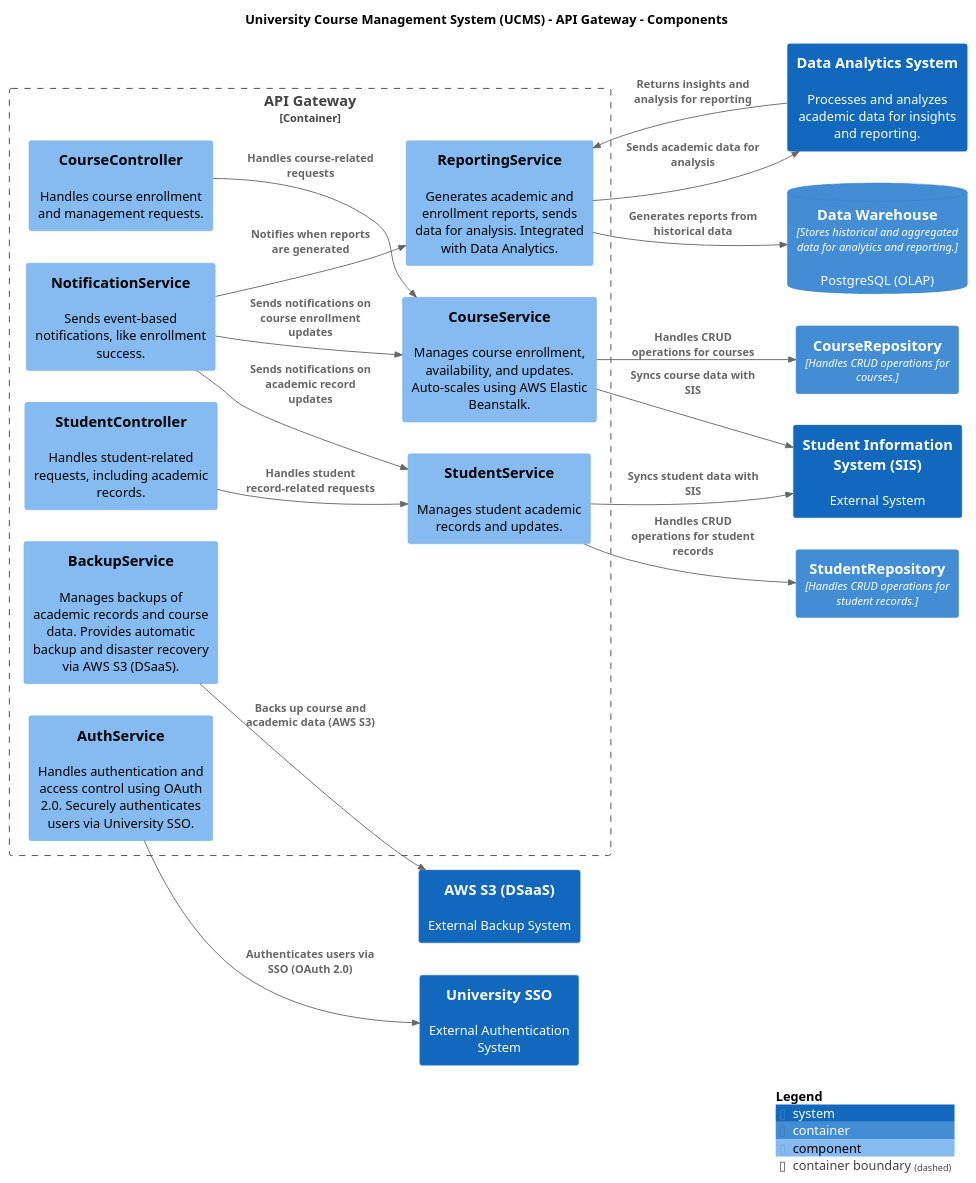
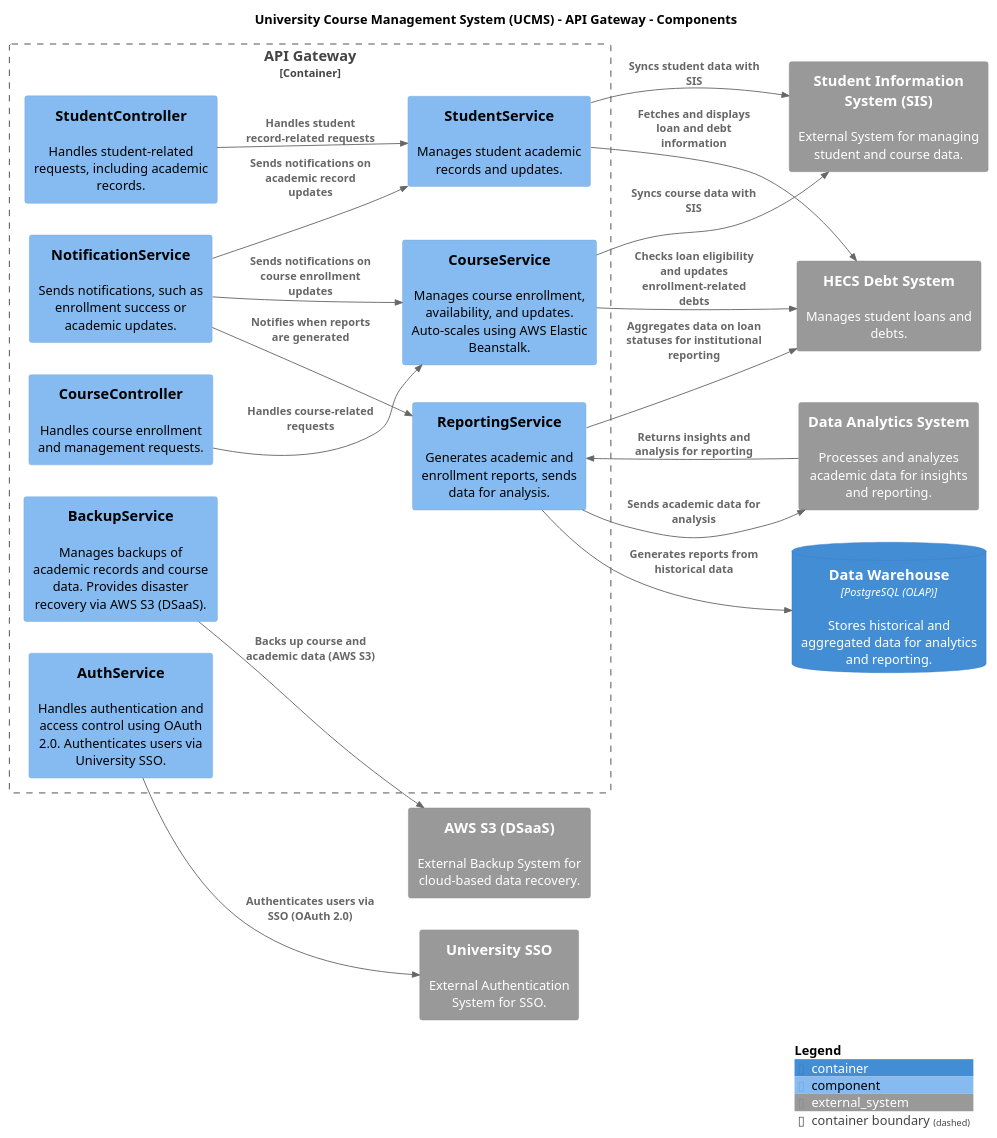
Before and after one commit to Mukundks2004/SoftwareArchC4Group: the diagram in Component_Diagram.puml, drawn with PlantUML.

Commit message:
update component diagram

```diff
--- a/Component_Diagram.puml
+++ b/Component_Diagram.puml
@@ -1,47 +1,51 @@
 @startuml
 set separator none
 title University Course Management System (UCMS) - API Gateway - Components
 
 left to right direction
 
 !include <C4/C4>
 !include <C4/C4_Context>
 !include <C4/C4_Container>
 !include <C4/C4_Component>
 
-Container(CourseRepository, "CourseRepository", $techn="Handles CRUD operations for courses.", $descr="", $tags="", $link="")
-Container(StudentRepository, "StudentRepository", $techn="Handles CRUD operations for student records.", $descr="", $tags="", $link="")
-ContainerDb(DataWarehouse, "Data Warehouse", $techn="Stores historical and aggregated data for analytics and reporting.", $descr="PostgreSQL (OLAP)", $tags="", $link="")
-System(StudentInformationSystemSIS, "Student Information System (SIS)", $descr="External System", $tags="", $link="")
-System(UniversitySSO, "University SSO", $descr="External Authentication System", $tags="", $link="")
-System(AWSS3DSaaS, "AWS S3 (DSaaS)", $descr="External Backup System", $tags="", $link="")
-System(DataAnalyticsSystem, "Data Analytics System", $descr="Processes and analyzes academic data for insights and reporting.", $tags="", $link="")
+System_Ext(SIS, "Student Information System (SIS)", $descr="External System for managing student and course data.")
+System_Ext(UniversitySSO, "University SSO", $descr="External Authentication System for SSO.")
+System_Ext(AWSS3DSaaS, "AWS S3 (DSaaS)", $descr="External Backup System for cloud-based data recovery.")
+System_Ext(DataAnalyticsSystem, "Data Analytics System", $descr="Processes and analyzes academic data for insights and reporting.")
+System_Ext(HECS, "HECS Debt System", "Manages student loans and debts.")
+
+ContainerDb(DataWarehouse, "Data Warehouse", $techn="PostgreSQL (OLAP)", $descr="Stores historical and aggregated data for analytics and reporting.")
 
 Container_Boundary("APIGateway_boundary", "API Gateway", $tags="") {
-  Component(BackupService, "BackupService", $techn="", $descr="Manages backups of academic records and course data. Provides automatic backup and disaster recovery via AWS S3 (DSaaS).", $tags="", $link="")
-  Component(CourseController, "CourseController", $techn="", $descr="Handles course enrollment and management requests.", $tags="", $link="")
-  Component(StudentController, "StudentController", $techn="", $descr="Handles student-related requests, including academic records.", $tags="", $link="")
-  Component(CourseService, "CourseService", $techn="", $descr="Manages course enrollment, availability, and updates. Auto-scales using AWS Elastic Beanstalk.", $tags="", $link="")
-  Component(StudentService, "StudentService", $techn="", $descr="Manages student academic records and updates.", $tags="", $link="")
-  Component(ReportingService, "ReportingService", $techn="", $descr="Generates academic and enrollment reports, sends data for analysis. Integrated with Data Analytics.", $tags="", $link="")
-  Component(AuthService, "AuthService", $techn="", $descr="Handles authentication and access control using OAuth 2.0. Securely authenticates users via University SSO.", $tags="", $link="")
-  Component(NotificationService, "NotificationService", $techn="", $descr="Sends event-based notifications, like enrollment success.", $tags="", $link="")
+  Component(BackupService, "BackupService", $techn="", $descr="Manages backups of academic records and course data. Provides disaster recovery via AWS S3 (DSaaS).")
+  Component(CourseController, "CourseController", $techn="", $descr="Handles course enrollment and management requests.")
+  Component(StudentController, "StudentController", $techn="", $descr="Handles student-related requests, including academic records.")
+  Component(CourseService, "CourseService", $techn="", $descr="Manages course enrollment, availability, and updates. Auto-scales using AWS Elastic Beanstalk.")
+  Component(StudentService, "StudentService", $techn="", $descr="Manages student academic records and updates.")
+  Component(ReportingService, "ReportingService", $techn="", $descr="Generates academic and enrollment reports, sends data for analysis.")
+  Component(AuthService, "AuthService", $techn="", $descr="Handles authentication and access control using OAuth 2.0. Authenticates users via University SSO.")
+  Component(NotificationService, "NotificationService", $techn="", $descr="Sends notifications, such as enrollment success or academic updates.")
 }
 
-Rel(CourseController, CourseService, "Handles course-related requests", $techn="", $tags="", $link="")
-Rel(StudentController, StudentService, "Handles student record-related requests", $techn="", $tags="", $link="")
-Rel(CourseService, CourseRepository, "Handles CRUD operations for courses", $techn="", $tags="", $link="")
-Rel(StudentService, StudentRepository, "Handles CRUD operations for student records", $techn="", $tags="", $link="")
-Rel(ReportingService, DataWarehouse, "Generates reports from historical data", $techn="", $tags="", $link="")
-Rel(AuthService, UniversitySSO, "Authenticates users via SSO (OAuth 2.0)", $techn="", $tags="", $link="")
-Rel(BackupService, AWSS3DSaaS, "Backs up course and academic data (AWS S3)", $techn="", $tags="", $link="")
-Rel(ReportingService, DataAnalyticsSystem, "Sends academic data for analysis", $techn="", $tags="", $link="")
-Rel(DataAnalyticsSystem, ReportingService, "Returns insights and analysis for reporting", $techn="", $tags="", $link="")
-Rel(CourseService, StudentInformationSystemSIS, "Syncs course data with SIS", $techn="", $tags="", $link="")
-Rel(StudentService, StudentInformationSystemSIS, "Syncs student data with SIS", $techn="", $tags="", $link="")
-Rel(NotificationService, ReportingService, "Notifies when reports are generated", $techn="", $tags="", $link="")
-Rel(NotificationService, StudentService, "Sends notifications on academic record updates", $techn="", $tags="", $link="")
-Rel(NotificationService, CourseService, "Sends notifications on course enrollment updates", $techn="", $tags="", $link="")
+' Component Relationships
+Rel(CourseController, CourseService, "Handles course-related requests")
+Rel(StudentController, StudentService, "Handles student record-related requests")
+Rel(CourseService, HECS, "Checks loan eligibility and updates enrollment-related debts")
+Rel(StudentService, HECS, "Fetches and displays loan and debt information")
+Rel(ReportingService, HECS, "Aggregates data on loan statuses for institutional reporting")
+Rel(BackupService, AWSS3DSaaS, "Backs up course and academic data (AWS S3)")
+Rel(ReportingService, DataAnalyticsSystem, "Sends academic data for analysis")
+Rel(DataAnalyticsSystem, ReportingService, "Returns insights and analysis for reporting")
+Rel(CourseService, SIS, "Syncs course data with SIS")
+Rel(StudentService, SIS, "Syncs student data with SIS")
+Rel(AuthService, UniversitySSO, "Authenticates users via SSO (OAuth 2.0)")
+Rel(ReportingService, DataWarehouse, "Generates reports from historical data")
+
+' Internal Relationships within the UCMS System
+Rel(NotificationService, ReportingService, "Notifies when reports are generated")
+Rel(NotificationService, StudentService, "Sends notifications on academic record updates")
+Rel(NotificationService, CourseService, "Sends notifications on course enrollment updates")
 
 SHOW_LEGEND(true)
 @enduml
```
